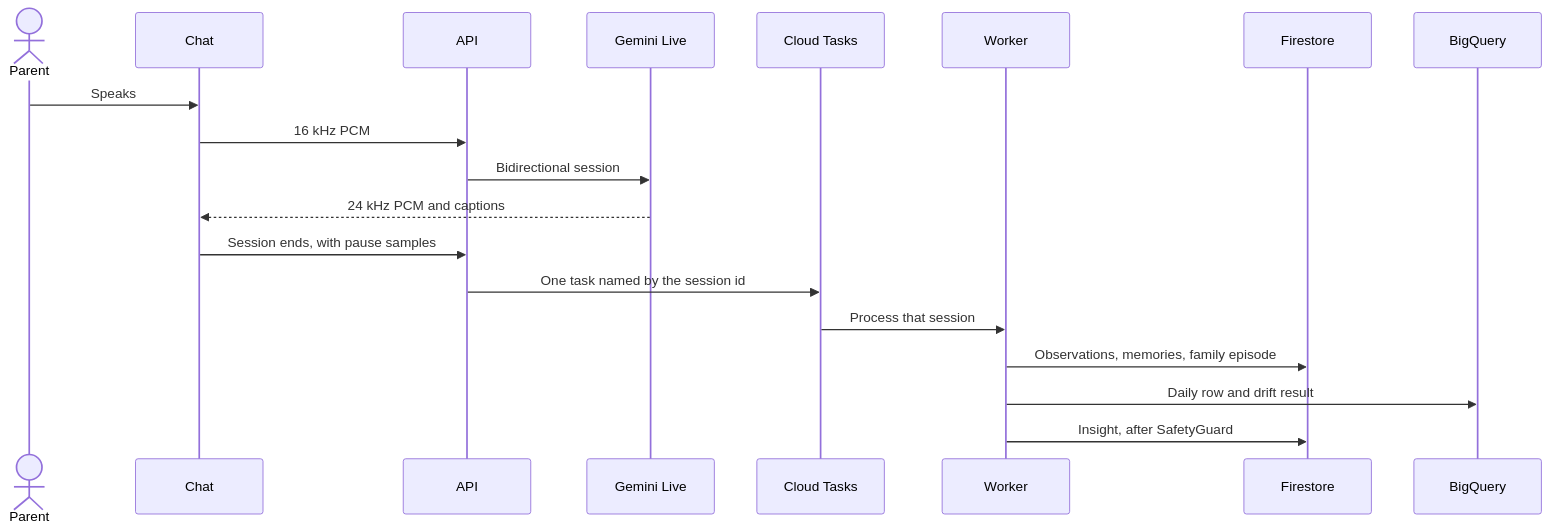
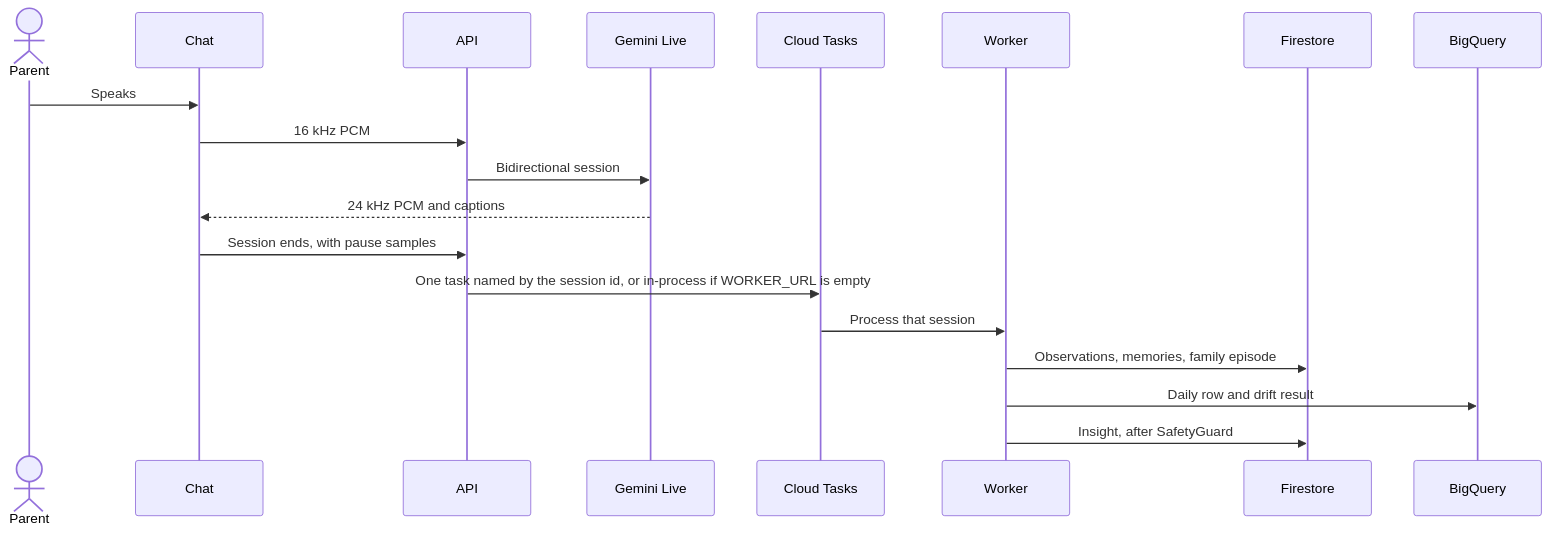
The second of 3 diagrams in docs/ARCHITECTURE.md (srushtipatil09/AI_Builder_Cup_2026), drawn with Mermaid before and after one commit. The commit also changed other lines of this file and 7 other files, not shown here.

````diff
--- a/docs/ARCHITECTURE.md
+++ b/docs/ARCHITECTURE.md
@@ -77,21 +78,21 @@
 ```mermaid
 sequenceDiagram
   actor Parent
   participant Chat
   participant API
   participant Live as Gemini Live
   participant Tasks as Cloud Tasks
   participant Worker
   participant Store as Firestore
   participant BQ as BigQuery
   Parent->>Chat: Speaks
   Chat->>API: 16 kHz PCM
   API->>Live: Bidirectional session
   Live-->>Chat: 24 kHz PCM and captions
   Chat->>API: Session ends, with pause samples
-  API->>Tasks: One task named by the session id
+  API->>Tasks: One task named by the session id, or in-process if WORKER_URL is empty
   Tasks->>Worker: Process that session
   Worker->>Store: Observations, memories, family episode
   Worker->>BQ: Daily row and drift result
   Worker->>Store: Insight, after SafetyGuard
 ```
````
